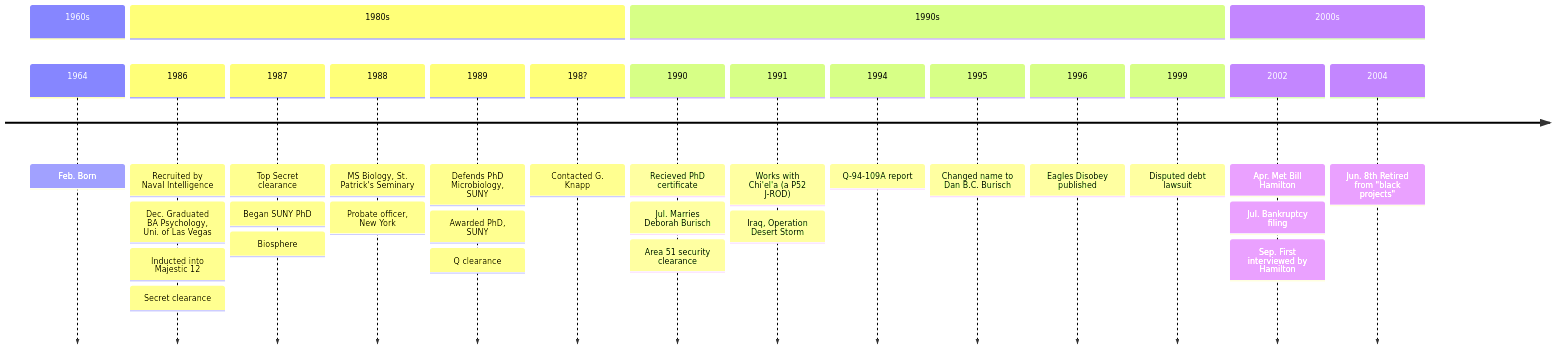
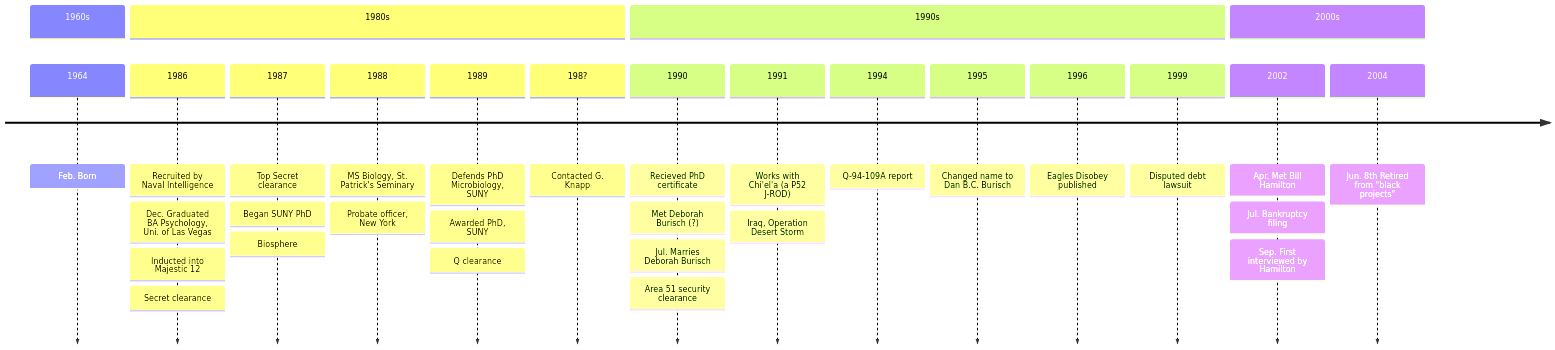
One commit to Black-Star-Institute/blackstar.github.io changed the first of 2 diagrams in docs/people/burisch_dan.md. Above: the diagram before and after it, drawn with Mermaid. The commit also changed other lines of this file and 25 other files, not shown here.

````diff
--- a/docs/people/burisch_dan.md
+++ b/docs/people/burisch_dan.md
@@ -11,34 +11,35 @@
 ```mermaid
 timeline
     section 1960s
         1964 : Feb. Born
     section 1980s
         1986 : Recruited by Naval Intelligence
              : Dec. Graduated BA Psychology, Uni. of Las Vegas
              : Inducted into Majestic 12
              : Secret clearance
         1987 : Top Secret clearance
              : Began SUNY PhD
              : Biosphere
         1988 : MS Biology, St. Patrick's Seminary
              : Probate officer, New York
         1989 : Defends PhD Microbiology, SUNY
              : Awarded PhD, SUNY
              : Q clearance
         198? : Contacted G. Knapp
     section 1990s
         1990 : Recieved PhD certificate
+             : Met Deborah Burisch (?)
              : Jul. Marries Deborah Burisch
              : Area 51 security clearance
         1991 : Works with Chi'el'a (a P52 J-ROD)
              : Iraq, Operation Desert Storm
         1994 : Q-94-109A report
         1995 : Changed name to Dan B.C. Burisch
         1996 : Eagles Disobey published
         1999 : Disputed debt lawsuit
     section 2000s
         2002 : Apr. Met Bill Hamilton
              : Jul. Bankruptcy filing
              : Sep. First interviewed by Hamilton
         2004 : Jun. 8th Retired from "black projects"
 ```
````
